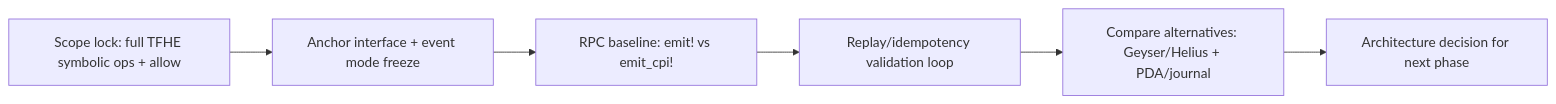
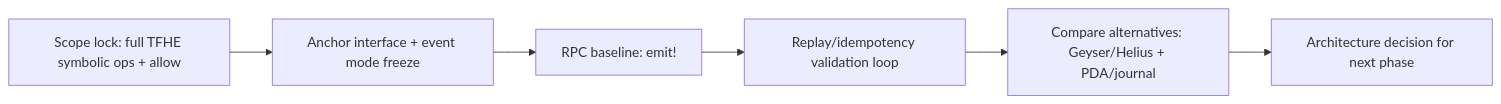
Before and after one commit to zama-ai/fhevm: the first of 2 diagrams in docs/protocol/explorations/solana-host-listener/PLAN.md, drawn with Mermaid. The commit also changed other lines of this file and 13 other files, not shown here.

````diff
--- a/docs/protocol/explorations/solana-host-listener/PLAN.md
+++ b/docs/protocol/explorations/solana-host-listener/PLAN.md
@@ -15,8 +15,8 @@
 ```mermaid
 flowchart LR
   A["Scope lock: full TFHE symbolic ops + allow"] --> B["Anchor interface + event mode freeze"]
-  B --> C["RPC baseline: emit! vs emit_cpi!"]
+  B --> C["RPC baseline: emit!"]
   C --> D["Replay/idempotency validation loop"]
   D --> E["Compare alternatives: Geyser/Helius + PDA/journal"]
   E --> F["Architecture decision for next phase"]
 ```
````
